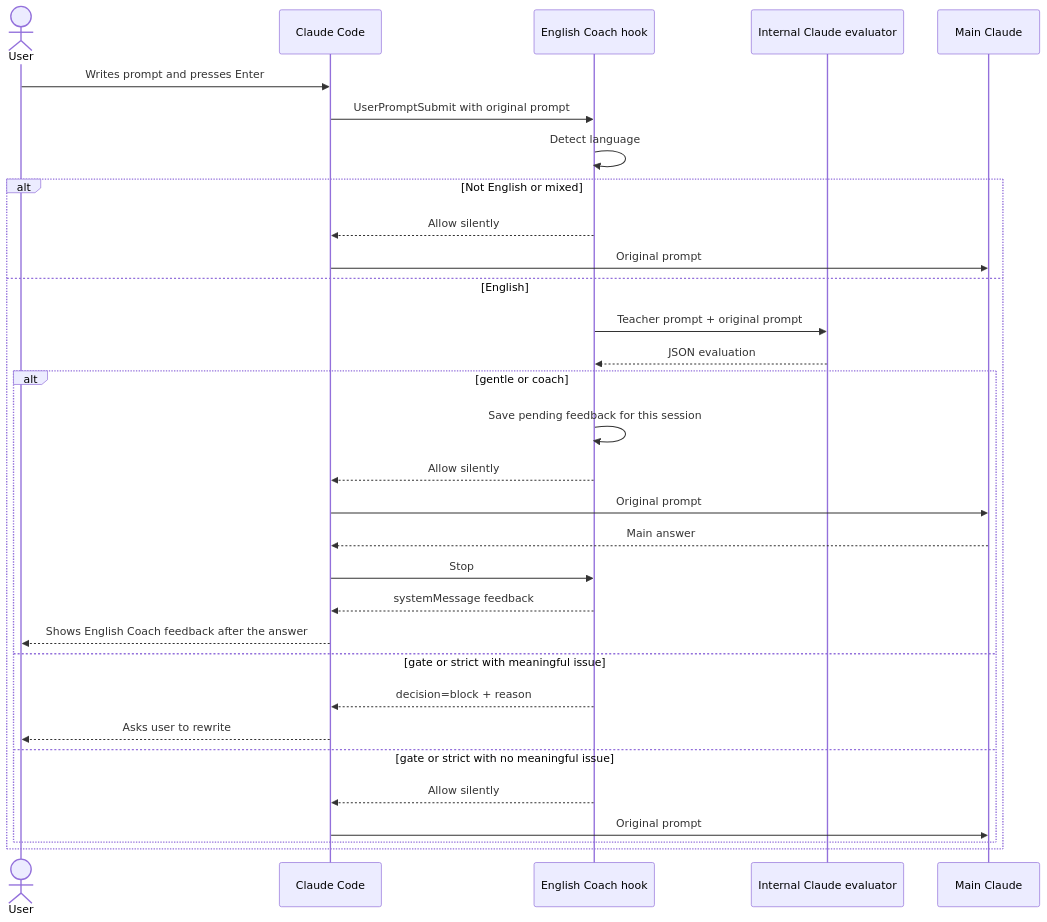
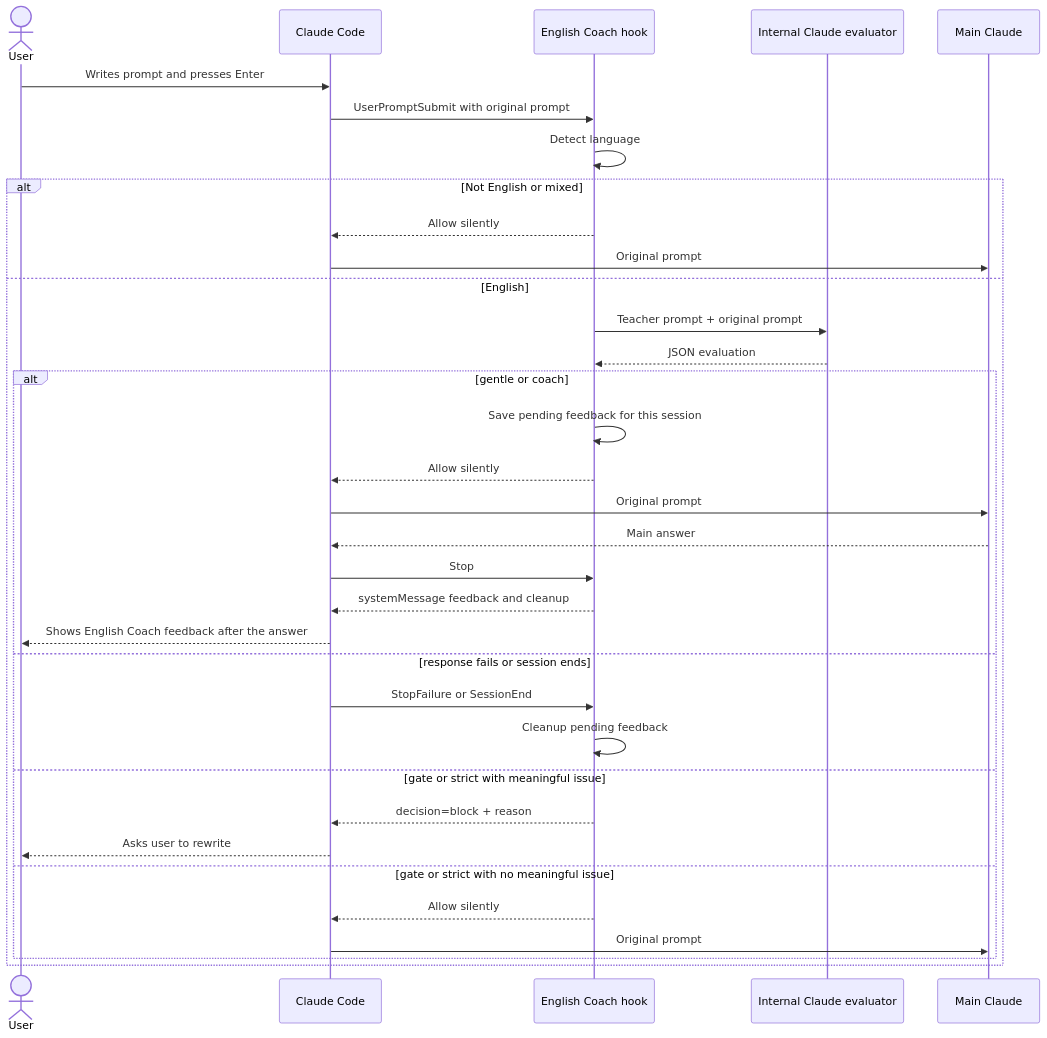
One commit to awkoy/prompt-english-coach changed the diagram in README.md. Above: the diagram before and after it, drawn with Mermaid. The commit also changed other lines of this file and 10 other files, not shown here.

Commit message:
fix: harden delayed feedback cleanup

````diff
--- a/README.md
+++ b/README.md
@@ -80,36 +82,39 @@
 ```mermaid
 sequenceDiagram
     actor User
     participant CC as Claude Code
     participant Hook as English Coach hook
     participant Eval as Internal Claude evaluator
     participant Main as Main Claude
 
     User->>CC: Writes prompt and presses Enter
     CC->>Hook: UserPromptSubmit with original prompt
     Hook->>Hook: Detect language
 
     alt Not English or mixed
         Hook-->>CC: Allow silently
         CC->>Main: Original prompt
     else English
         Hook->>Eval: Teacher prompt + original prompt
         Eval-->>Hook: JSON evaluation
 
         alt gentle or coach
             Hook->>Hook: Save pending feedback for this session
             Hook-->>CC: Allow silently
             CC->>Main: Original prompt
             Main-->>CC: Main answer
             CC->>Hook: Stop
-            Hook-->>CC: systemMessage feedback
+            Hook-->>CC: systemMessage feedback and cleanup
             CC-->>User: Shows English Coach feedback after the answer
+        else response fails or session ends
+            CC->>Hook: StopFailure or SessionEnd
+            Hook->>Hook: Cleanup pending feedback
         else gate or strict with meaningful issue
             Hook-->>CC: decision=block + reason
             CC-->>User: Asks user to rewrite
         else gate or strict with no meaningful issue
             Hook-->>CC: Allow silently
             CC->>Main: Original prompt
         end
     end
 ```
````
